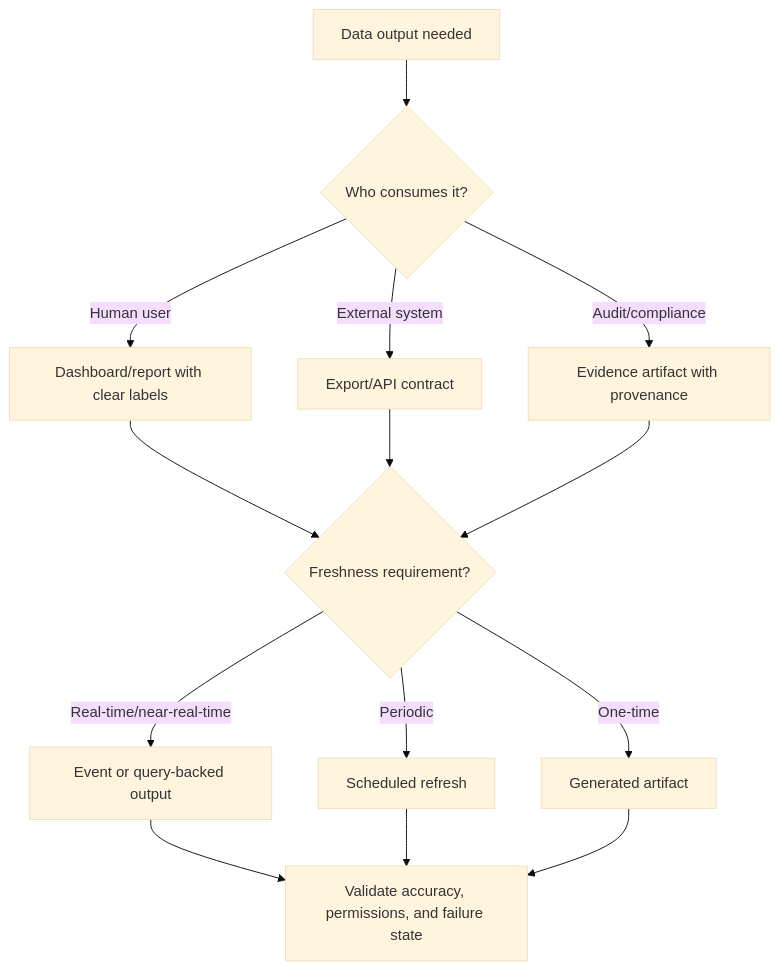
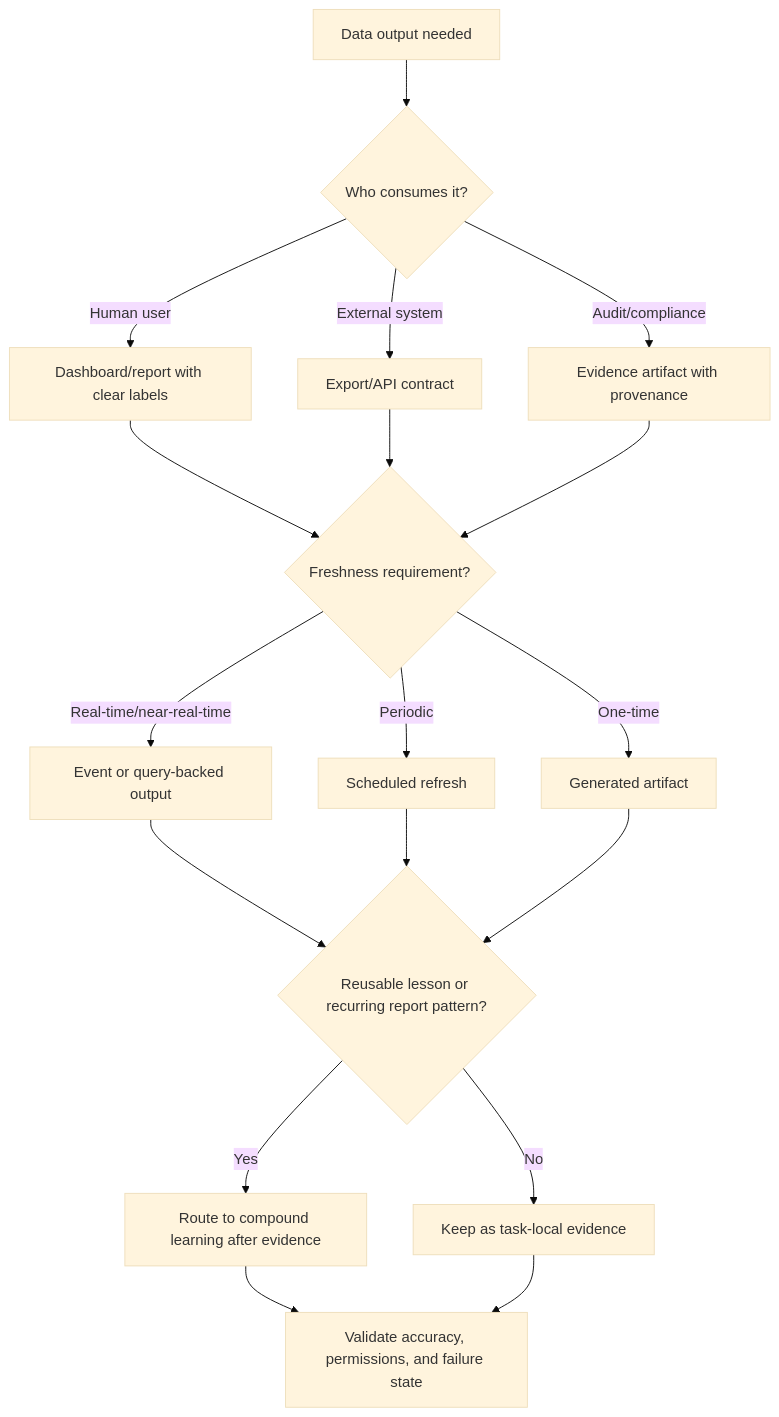
Before and after one commit to wfprieto/wcbs-build-kit: the diagram in skills/data-output-and-reporting/SKILL.md, drawn with Mermaid (base theme). The commit also changed other lines of this file and 16 other files, not shown here.

````diff
--- a/skills/data-output-and-reporting/SKILL.md
+++ b/skills/data-output-and-reporting/SKILL.md
@@ -34,16 +35,20 @@
 ```mermaid
 flowchart TD
   A["Data output needed"] --> B{"Who consumes it?"}
   B -- "Human user" --> C["Dashboard/report with clear labels"]
   B -- "External system" --> D["Export/API contract"]
   B -- "Audit/compliance" --> E["Evidence artifact with provenance"]
   C --> F{"Freshness requirement?"}
   D --> F
   E --> F
   F -- "Real-time/near-real-time" --> G["Event or query-backed output"]
   F -- "Periodic" --> H["Scheduled refresh"]
   F -- "One-time" --> I["Generated artifact"]
-  G --> J["Validate accuracy, permissions, and failure state"]
+  G --> J{"Reusable lesson or recurring report pattern?"}
   H --> J
   I --> J
+  J -- "Yes" --> K["Route to compound learning after evidence"]
+  J -- "No" --> L["Keep as task-local evidence"]
+  K --> M["Validate accuracy, permissions, and failure state"]
+  L --> M
 ```
````
